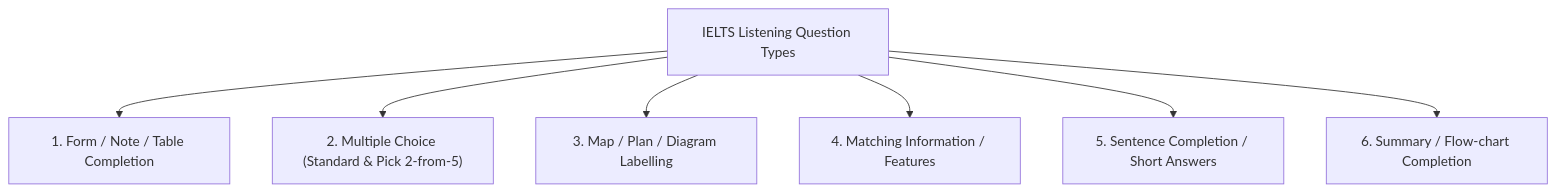
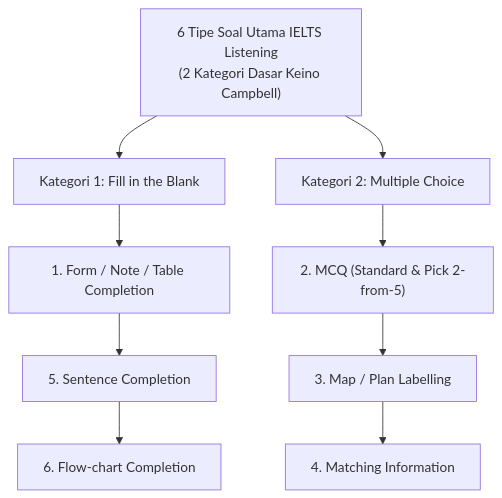
Before and after one commit to adityacaturputra/flashcards-app: the diagram in docs/ielts-band-7/module-04-listening-section-basics/02-ielts-listening-question-types-and-strategy.md, drawn with Mermaid. The commit also changed 1 other file, not shown here.

Commit message:
docs(ielts): optimize Chapter 15 listening strategy diagram and structure for mobile

````diff
--- a/docs/ielts-band-7/module-04-listening-section-basics/02-ielts-listening-question-types-and-strategy.md
+++ b/docs/ielts-band-7/module-04-listening-section-basics/02-ielts-listening-question-types-and-strategy.md
@@ -19,9 +19,14 @@
 ```mermaid
 flowchart TD
-    A["IELTS Listening Question Types"] --> B["1. Form / Note / Table Completion"]
-    A --> C["2. Multiple Choice (Standard & Pick 2-from-5)"]
-    A --> D["3. Map / Plan / Diagram Labelling"]
-    A --> E["4. Matching Information / Features"]
-    A --> F["5. Sentence Completion / Short Answers"]
-    A --> G["6. Summary / Flow-chart Completion"]
+    ROOT["6 Tipe Soal Utama IELTS Listening<br>(2 Kategori Dasar Keino Campbell)"]
+    
+    ROOT --> G1["Kategori 1: Fill in the Blank"]
+    G1 --> B1["1. Form / Note / Table Completion"]
+    B1 --> B2["5. Sentence Completion"]
+    B2 --> B3["6. Flow-chart Completion"]
+    
+    ROOT --> G2["Kategori 2: Multiple Choice"]
+    G2 --> M1["2. MCQ (Standard & Pick 2-from-5)"]
+    M1 --> M2["3. Map / Plan Labelling"]
+    M2 --> M3["4. Matching Information"]
 ```
````
